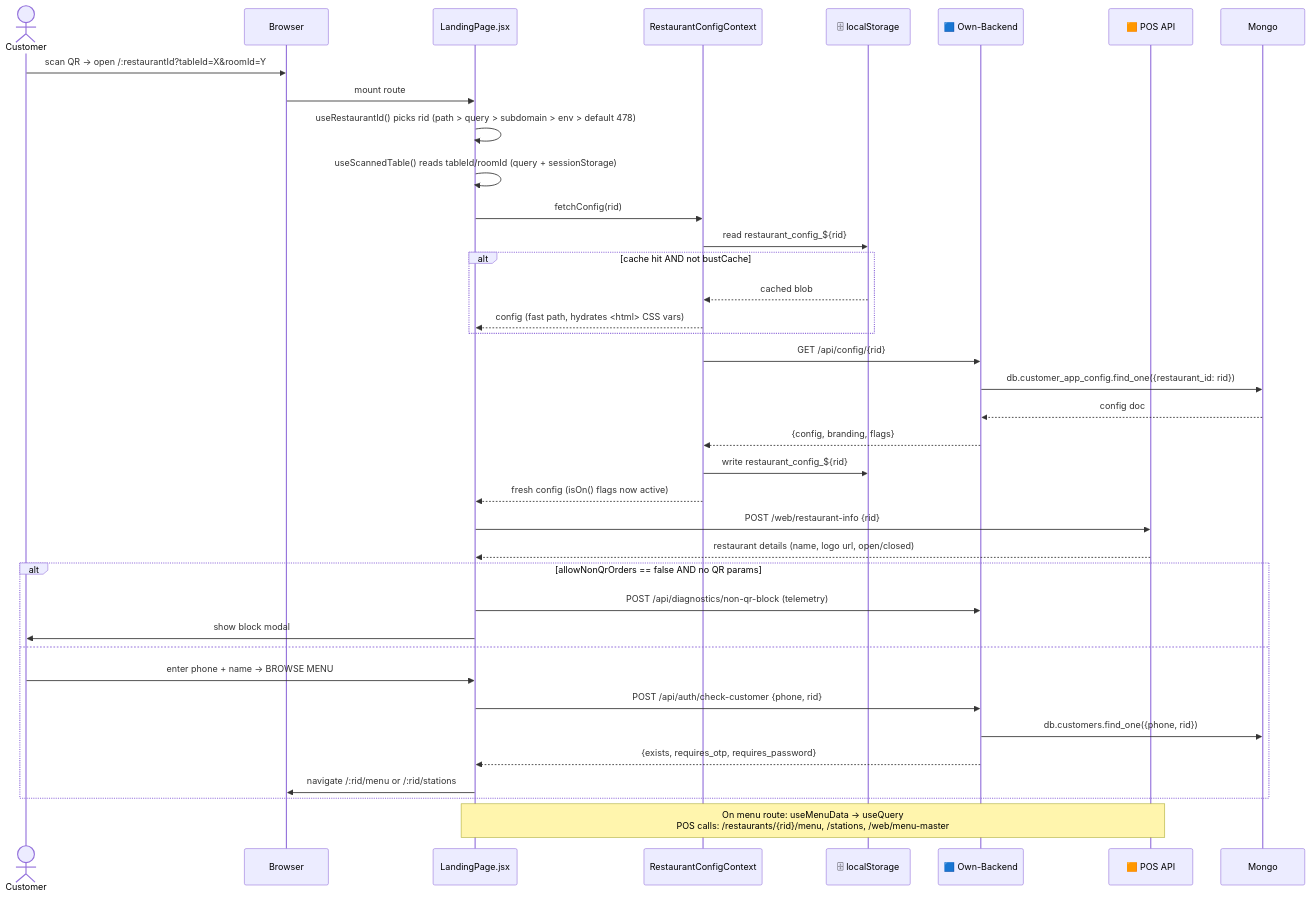
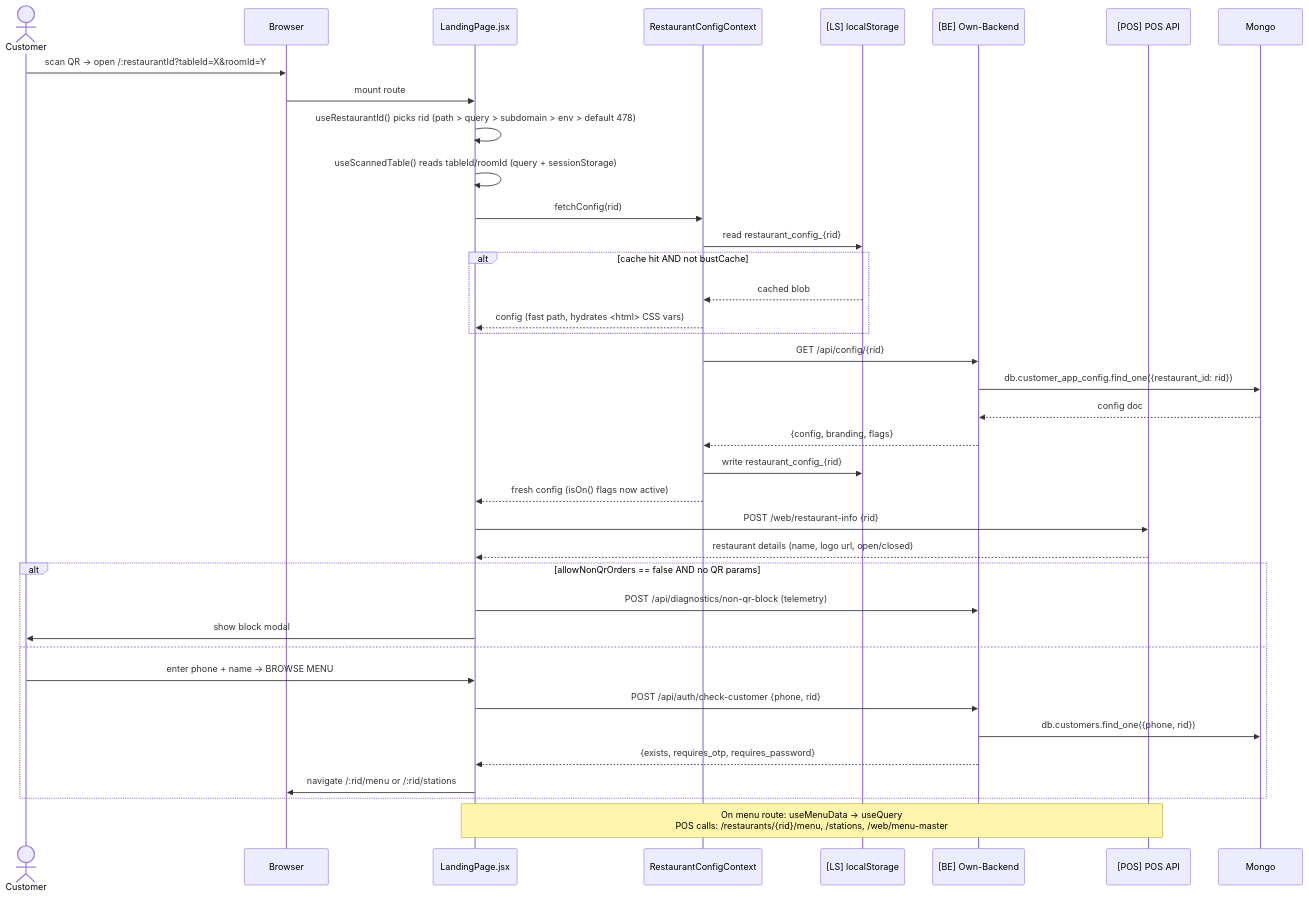
One commit to Abhi-mygenie/customer-app5th-march changed the first of 9 diagrams in memory_repo/current-state/DATA_FLOW_DIAGRAM_2026-02.md. Above: the diagram before and after it, drawn with Mermaid. The commit also changed other lines of this file and 3 other files, not shown here.

````diff
--- a/memory_repo/current-state/DATA_FLOW_DIAGRAM_2026-02.md
+++ b/memory_repo/current-state/DATA_FLOW_DIAGRAM_2026-02.md
@@ -20,44 +20,44 @@
 ```mermaid
 sequenceDiagram
     actor Cust as Customer
     participant Browser
     participant Landing as LandingPage.jsx
     participant Ctx as RestaurantConfigContext
-    participant LS as 🗄 localStorage
-    participant BE as 🟦 Own-Backend
-    participant POS as 🟧 POS API
+    participant LS as [LS] localStorage
+    participant BE as [BE] Own-Backend
+    participant POS as [POS] POS API
 
     Cust->>Browser: scan QR → open /:restaurantId?tableId=X&roomId=Y
     Browser->>Landing: mount route
     Landing->>Landing: useRestaurantId() picks rid (path > query > subdomain > env > default 478)
     Landing->>Landing: useScannedTable() reads tableId/roomId (query + sessionStorage)
 
     Landing->>Ctx: fetchConfig(rid)
-    Ctx->>LS: read restaurant_config_${rid}
+    Ctx->>LS: read restaurant_config_{rid}
     alt cache hit AND not bustCache
         LS-->>Ctx: cached blob
         Ctx-->>Landing: config (fast path, hydrates <html> CSS vars)
     end
     Ctx->>BE: GET /api/config/{rid}
     BE->>Mongo: db.customer_app_config.find_one({restaurant_id: rid})
     Mongo-->>BE: config doc
     BE-->>Ctx: {config, branding, flags}
-    Ctx->>LS: write restaurant_config_${rid}
+    Ctx->>LS: write restaurant_config_{rid}
     Ctx-->>Landing: fresh config (isOn() flags now active)
 
     Landing->>POS: POST /web/restaurant-info {rid}
     POS-->>Landing: restaurant details (name, logo url, open/closed)
 
     alt allowNonQrOrders == false AND no QR params
         Landing->>BE: POST /api/diagnostics/non-qr-block (telemetry)
         Landing->>Cust: show block modal
     else
         Cust->>Landing: enter phone + name → BROWSE MENU
         Landing->>BE: POST /api/auth/check-customer {phone, rid}
         BE->>Mongo: db.customers.find_one({phone, rid})
         BE-->>Landing: {exists, requires_otp, requires_password}
         Landing->>Browser: navigate /:rid/menu or /:rid/stations
     end
 
     Note over Landing,POS: On menu route: useMenuData → useQuery<br/>POS calls: /restaurants/{rid}/menu, /stations, /web/menu-master
 ```
````
